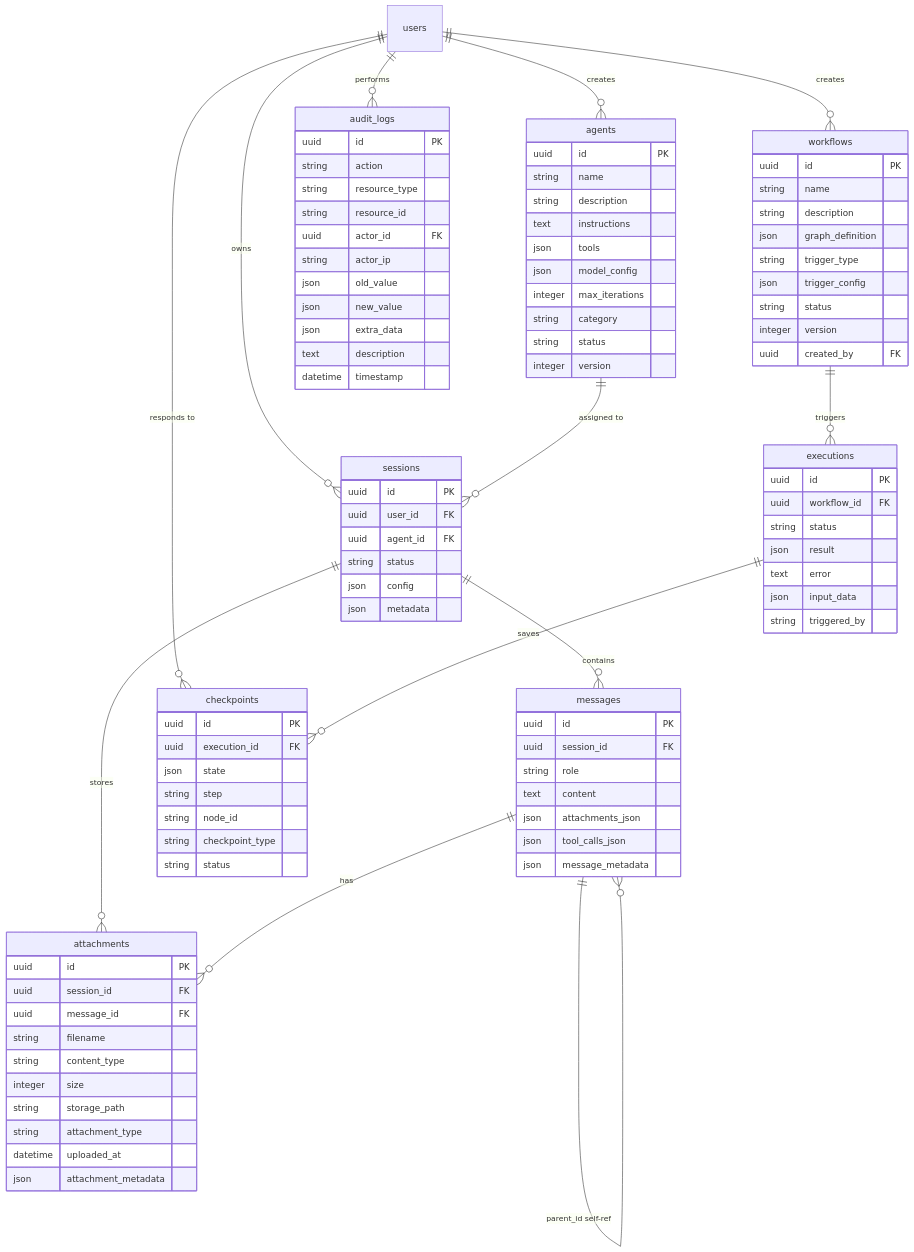
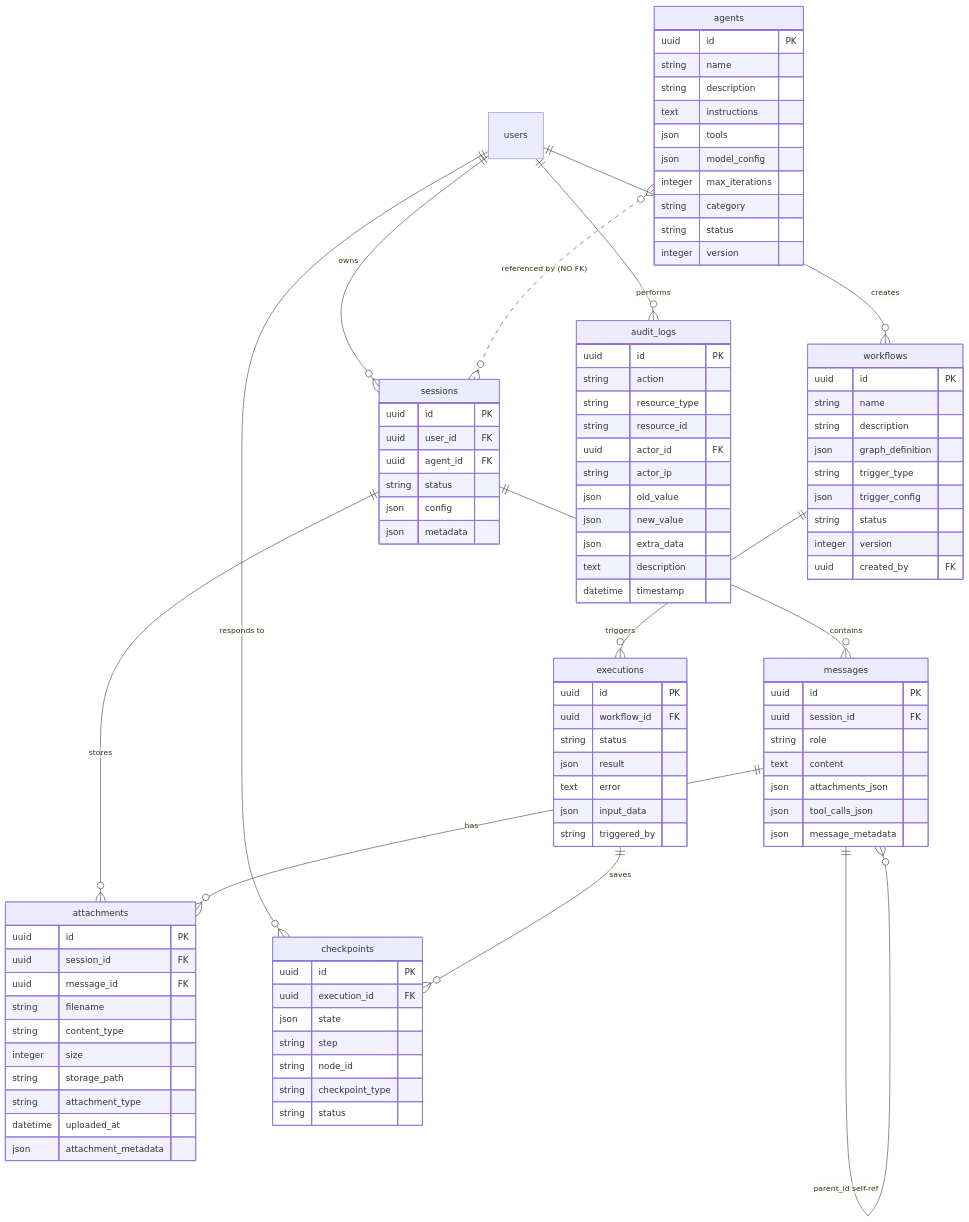
Before and after one commit to laitim2001/ai-semantic-kernel-framework-project: the diagram in docs/07-analysis/V9/08-data-model/data-model-analysis.md, drawn with Mermaid. The commit also changed 20 other files, not shown here.

````diff
--- a/docs/07-analysis/V9/08-data-model/data-model-analysis.md
+++ b/docs/07-analysis/V9/08-data-model/data-model-analysis.md
@@ -72,10 +72,9 @@
 ```mermaid
 erDiagram
-    users ||--o{ agents : "creates"
     users ||--o{ sessions : "owns"
     users ||--o{ workflows : "creates"
 
-    agents ||--o{ sessions : "assigned to"
+    agents }o..o{ sessions : "referenced by (NO FK)"
     agents {
         uuid id PK
         string name
````
